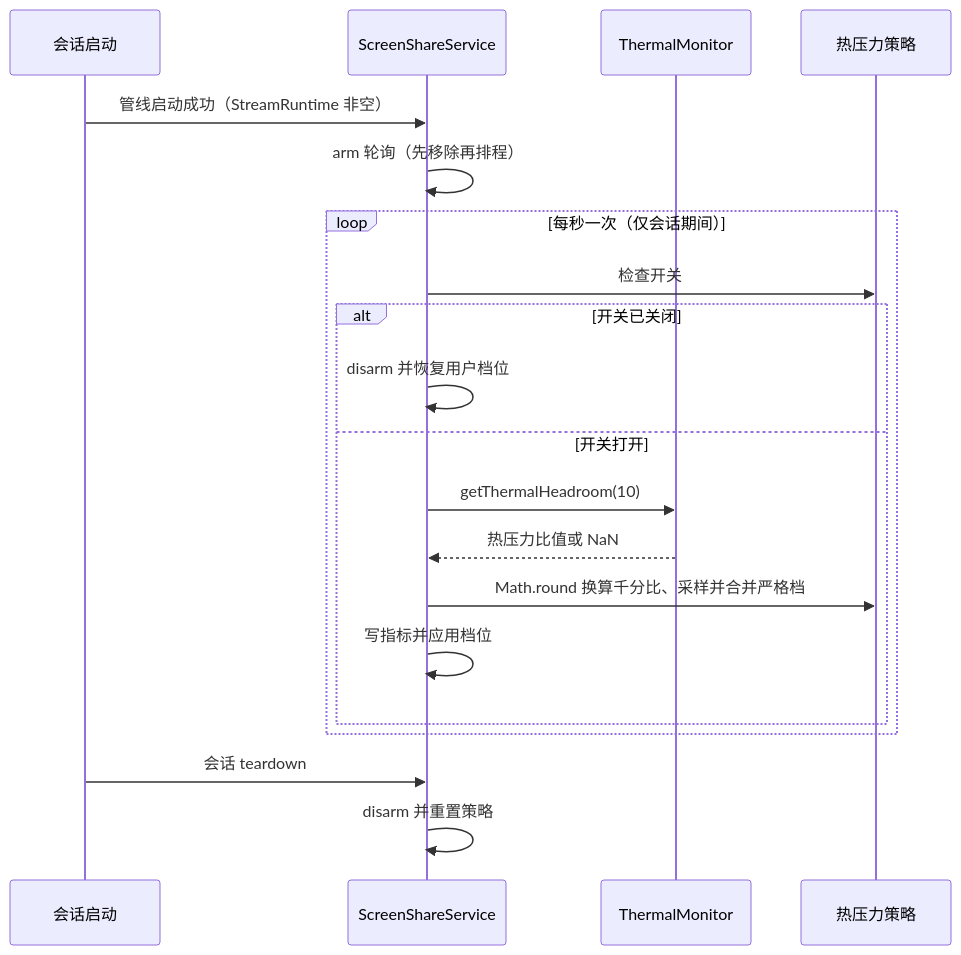
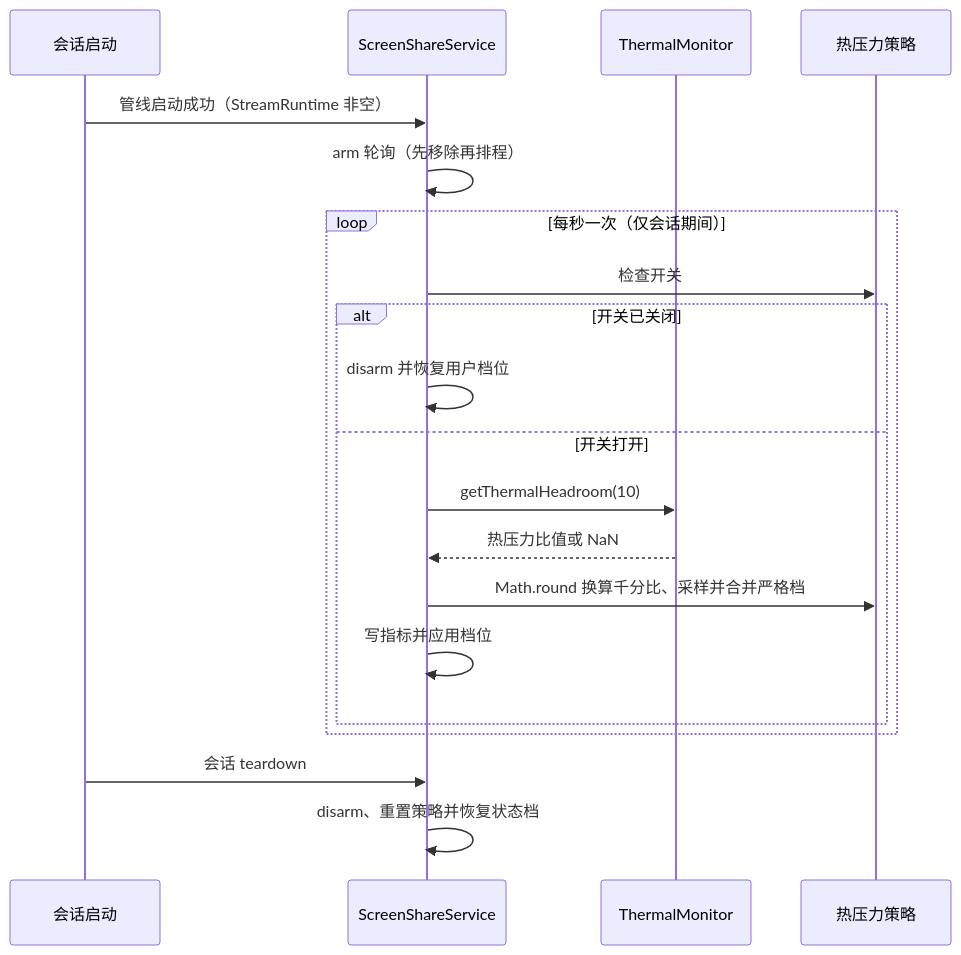
The fourth of 6 diagrams in docs/superpowers/specs/2026-10-23-performance-candidates-design.md (obby-xiang/LocalScreenShareAndroid), drawn with Mermaid before and after one commit. The commit also changed other lines of this file and 10 other files, not shown here.

````diff
--- a/docs/superpowers/specs/2026-10-23-performance-candidates-design.md
+++ b/docs/superpowers/specs/2026-10-23-performance-candidates-design.md
@@ -332,22 +332,22 @@
 ```mermaid
 sequenceDiagram
     participant S as 会话启动
     participant V as ScreenShareService
     participant M as ThermalMonitor
     participant P as 热压力策略
     S->>V: 管线启动成功（StreamRuntime 非空）
     V->>V: arm 轮询（先移除再排程）
     loop 每秒一次（仅会话期间）
         V->>P: 检查开关
         alt 开关已关闭
             V->>V: disarm 并恢复用户档位
         else 开关打开
             V->>M: getThermalHeadroom(10)
             M-->>V: 热压力比值或 NaN
             V->>P: Math.round 换算千分比、采样并合并严格档
             V->>V: 写指标并应用档位
         end
     end
     S->>V: 会话 teardown
-    V->>V: disarm 并重置策略
+    V->>V: disarm、重置策略并恢复状态档
 ```
````
